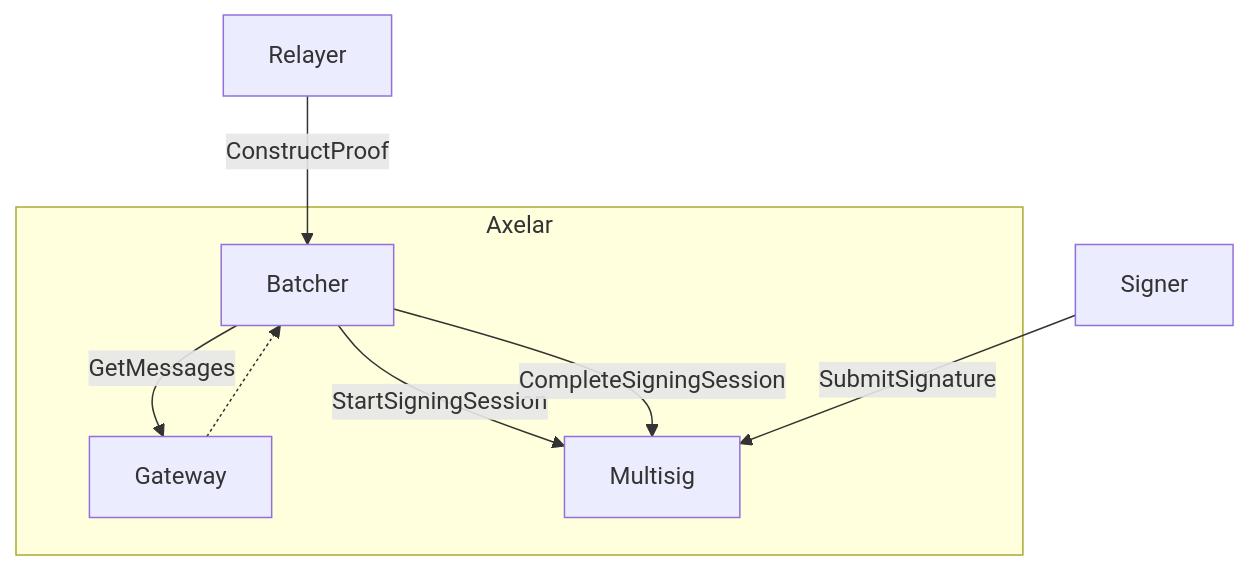
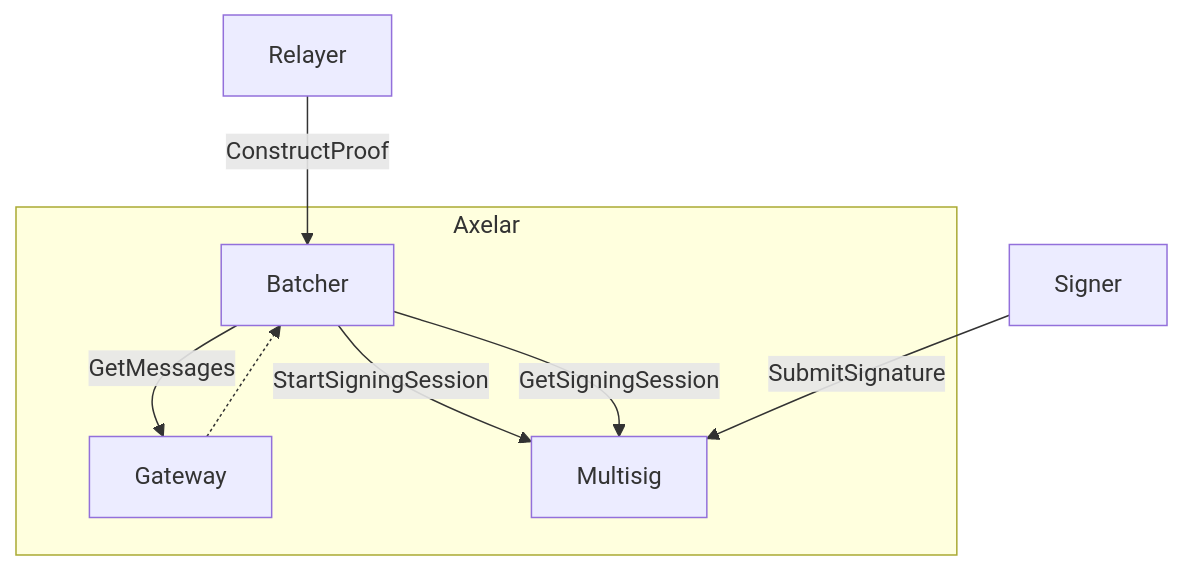
Before and after one commit to axelarnetwork/axelar-amplifier: the first of 2 diagrams in contracts/command-batcher/README.md, drawn with Mermaid. The commit also changed other lines of this file, not shown here.

````diff
--- a/contracts/command-batcher/README.md
+++ b/contracts/command-batcher/README.md
@@ -5,18 +5,18 @@
 ```mermaid
 graph TD
 
 r[Relayer]
 subgraph Axelar
 b[Batcher]
 g[Gateway]
 m[Multisig]
 end
 s[Signer]
 
 r--ConstructProof-->b
 b--GetMessages-->g
 g-.->b
 b--StartSigningSession-->m
-b--CompleteSigningSession-->m
+b--GetSigningSession-->m
 s--SubmitSignature-->m
 ```
````
